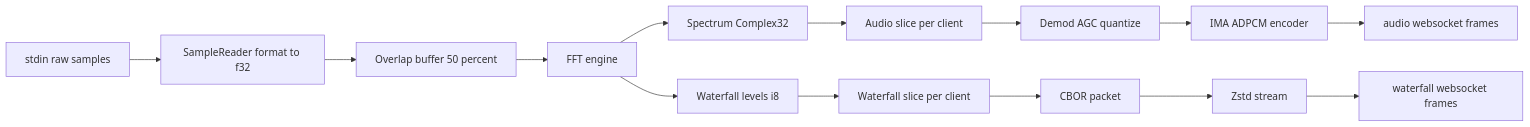
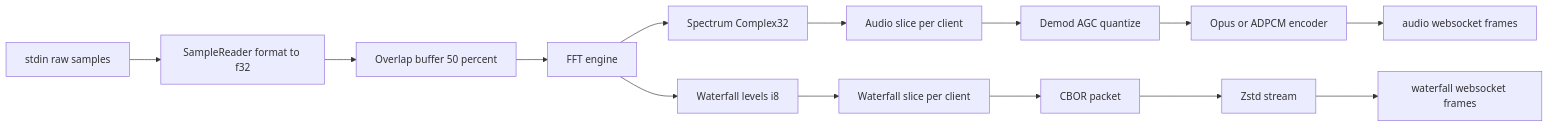
The diagram in docs/DSP.md (Steven9101/NovaSDR), drawn with Mermaid before and after one commit. The commit also changed 10 other files, not shown here.

````diff
--- a/docs/DSP.md
+++ b/docs/DSP.md
@@ -8,16 +8,16 @@
 ```mermaid
 graph LR
   A[stdin raw samples] --> B[SampleReader format to f32]
   B --> C[Overlap buffer 50 percent]
   C --> D[FFT engine]
   D --> E[Spectrum Complex32]
   D --> F[Waterfall levels i8]
   E --> G[Audio slice per client]
   F --> H[Waterfall slice per client]
   G --> I[Demod AGC quantize]
-  I --> J[IMA ADPCM encoder]
+  I --> J[Opus or ADPCM encoder]
   J --> K[audio websocket frames]
   H --> L[CBOR packet]
   L --> M[Zstd stream]
   M --> N[waterfall websocket frames]
 ```
````
